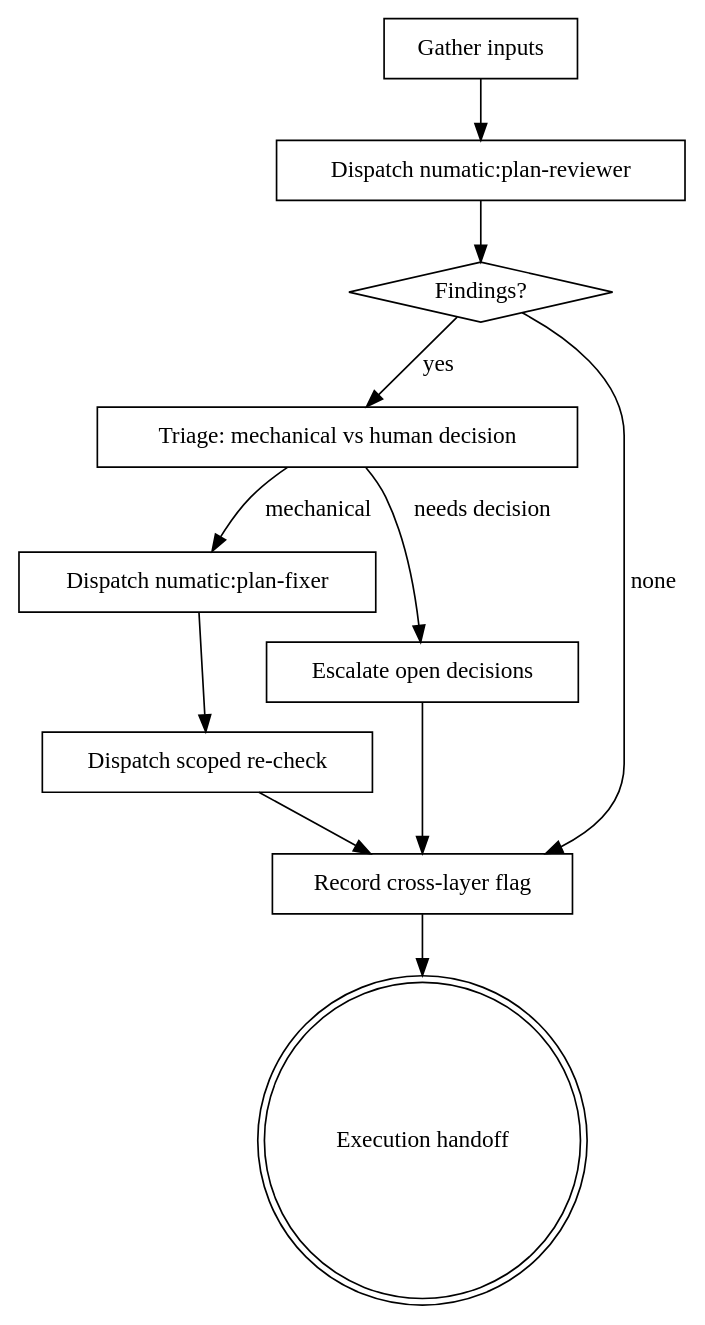
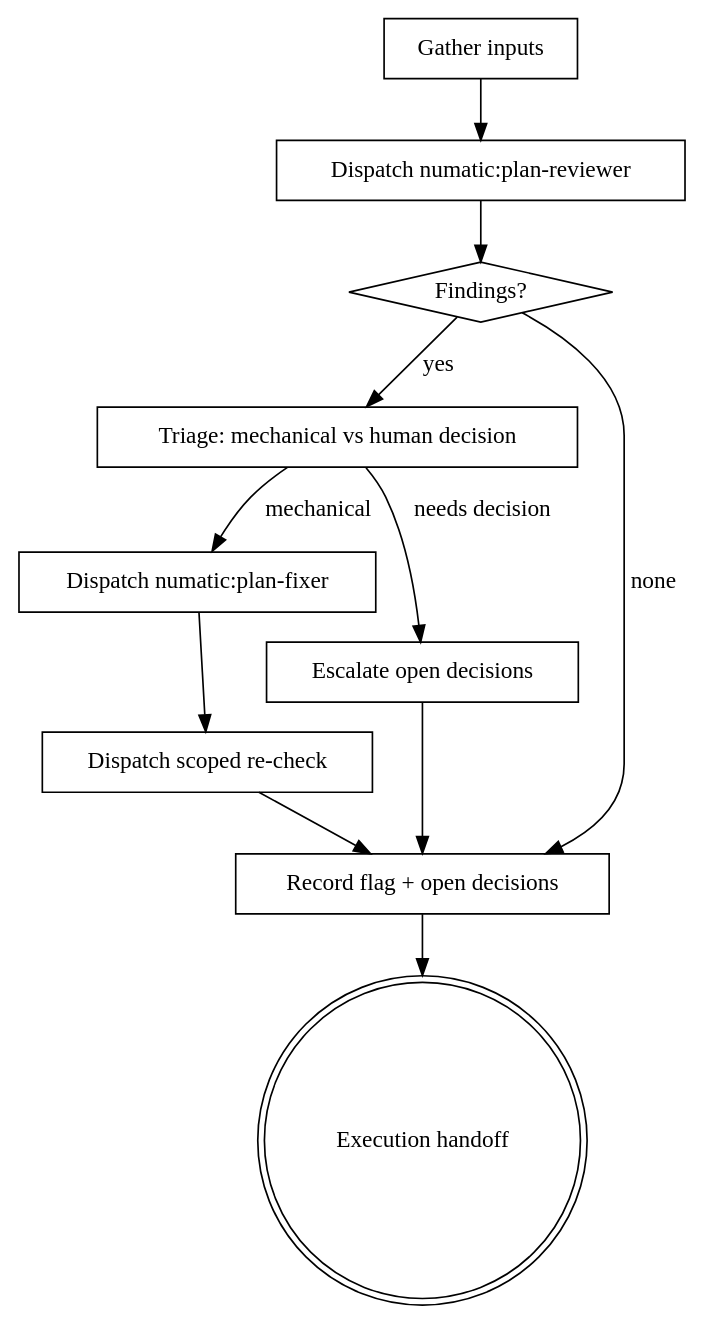
Before and after one commit to numaticco/claude-plugins: the diagram in plugins/numatic/skills/reviewing-plans/SKILL.md, drawn with Graphviz. The commit also changed other lines of this file and 8 other files, not shown here.

First line of the commit message:
Fix four defects found testing the plugin against the SDD flow, bump to 0.3.0

````diff
--- a/plugins/numatic/skills/reviewing-plans/SKILL.md
+++ b/plugins/numatic/skills/reviewing-plans/SKILL.md
@@ -60,24 +60,24 @@
 ```dot
 digraph reviewing_plans {
     "Gather inputs" [shape=box];
     "Dispatch numatic:plan-reviewer" [shape=box];
     "Findings?" [shape=diamond];
     "Triage: mechanical vs human decision" [shape=box];
     "Dispatch numatic:plan-fixer" [shape=box];
     "Dispatch scoped re-check" [shape=box];
     "Escalate open decisions" [shape=box];
-    "Record cross-layer flag" [shape=box];
+    "Record flag + open decisions" [shape=box];
     "Execution handoff" [shape=doublecircle];
 
     "Gather inputs" -> "Dispatch numatic:plan-reviewer";
     "Dispatch numatic:plan-reviewer" -> "Findings?";
-    "Findings?" -> "Record cross-layer flag" [label="none"];
+    "Findings?" -> "Record flag + open decisions" [label="none"];
     "Findings?" -> "Triage: mechanical vs human decision" [label="yes"];
     "Triage: mechanical vs human decision" -> "Dispatch numatic:plan-fixer" [label="mechanical"];
     "Triage: mechanical vs human decision" -> "Escalate open decisions" [label="needs decision"];
     "Dispatch numatic:plan-fixer" -> "Dispatch scoped re-check";
-    "Dispatch scoped re-check" -> "Record cross-layer flag";
-    "Escalate open decisions" -> "Record cross-layer flag";
-    "Record cross-layer flag" -> "Execution handoff";
+    "Dispatch scoped re-check" -> "Record flag + open decisions";
+    "Escalate open decisions" -> "Record flag + open decisions";
+    "Record flag + open decisions" -> "Execution handoff";
 }
 ```
````
